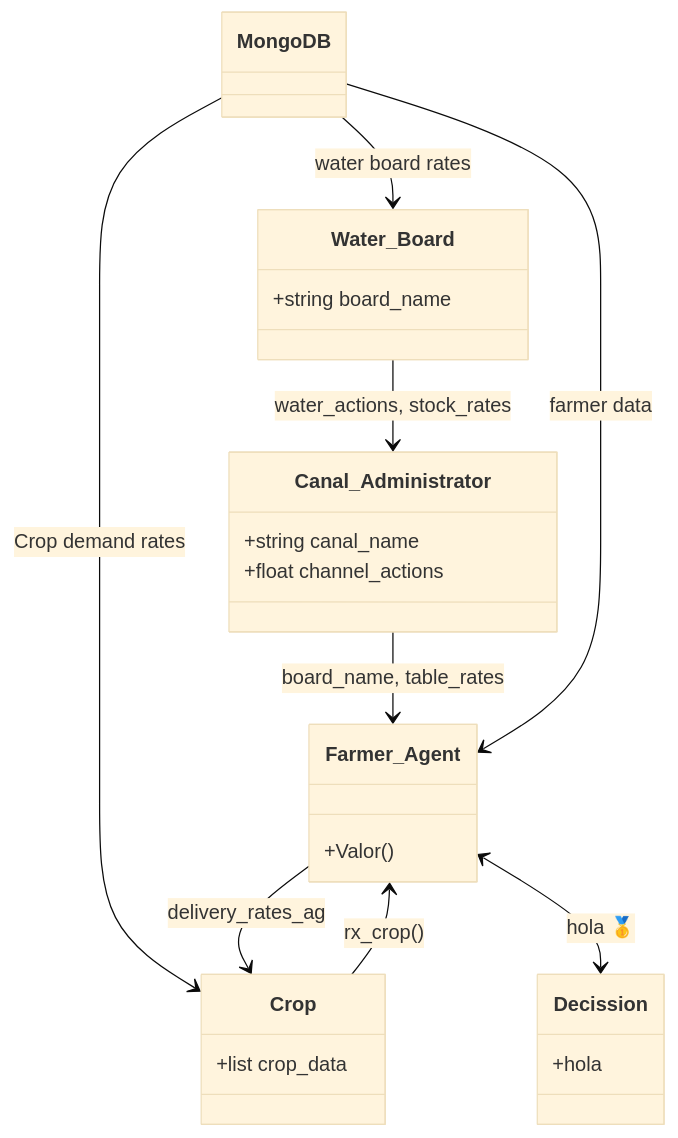
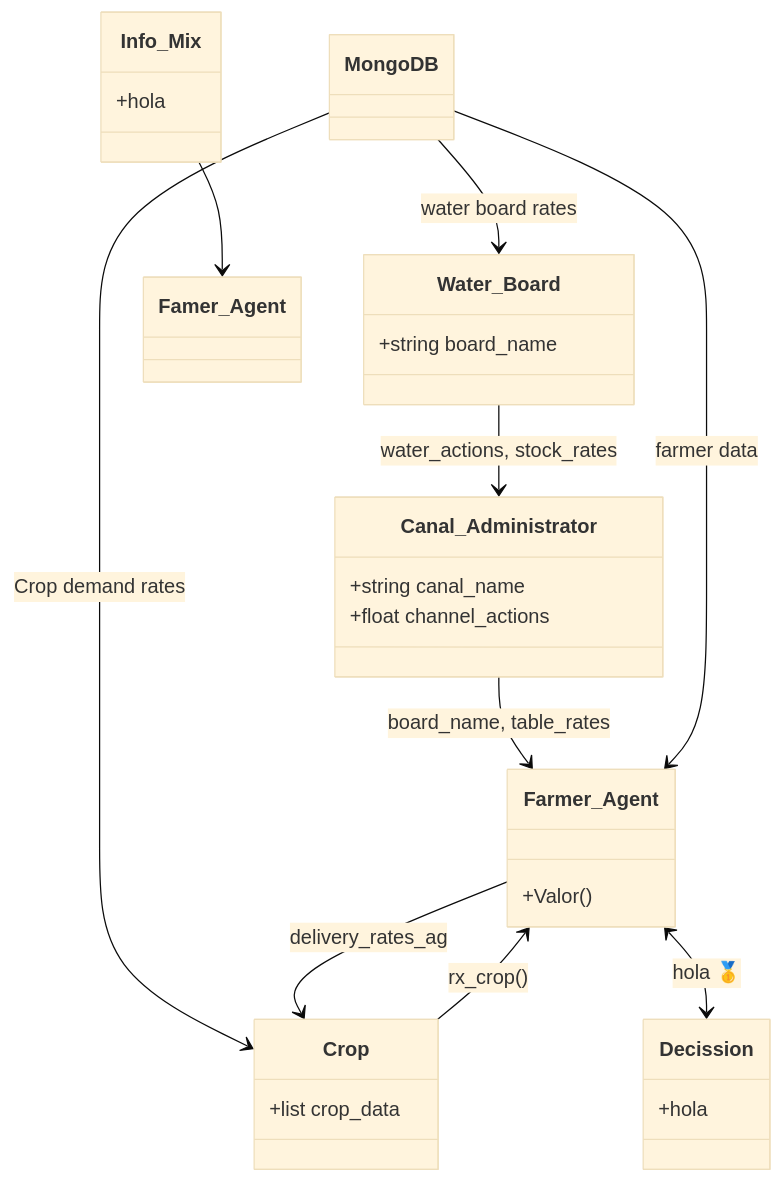
One commit to Pablov81/Agrotopia changed the diagram in README.md. Above: the diagram before and after it, drawn with Mermaid (base theme).

````diff
--- a/README.md
+++ b/README.md
@@ -46,36 +46,42 @@
 ```mermaid
 classDiagram
     class MongoDB {
     }
 
     class Water_Board {
         +string board_name
     }
 
     class Canal_Administrator{
         +string canal_name
         +float channel_actions
     }
 
     class Farmer_Agent {
         +Valor()
     }
 
     class Crop {
         +list crop_data
     }
 
     class Decission {
         +hola
     }
 
+    class Info_Mix {
+        +hola
+    }
+
+
 
     Water_Board --> Canal_Administrator: water_actions, stock_rates
     Canal_Administrator --> Farmer_Agent: board_name, table_rates
     MongoDB --> Water_Board: water board rates
     MongoDB --> Farmer_Agent: farmer data
     MongoDB --> Crop: Crop demand rates
     Farmer_Agent --> Crop: delivery_rates_ag
     Farmer_Agent <--> Decission:hola 🥇
+    Info_Mix-->Famer_Agent
     Crop --> Farmer_Agent:rx_crop()
 ```
````
